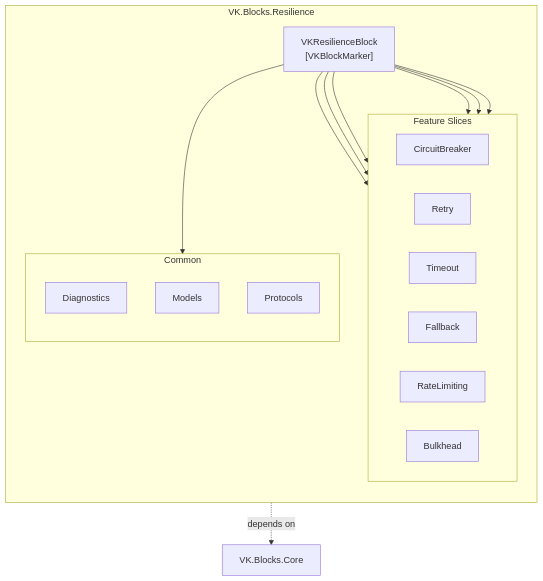
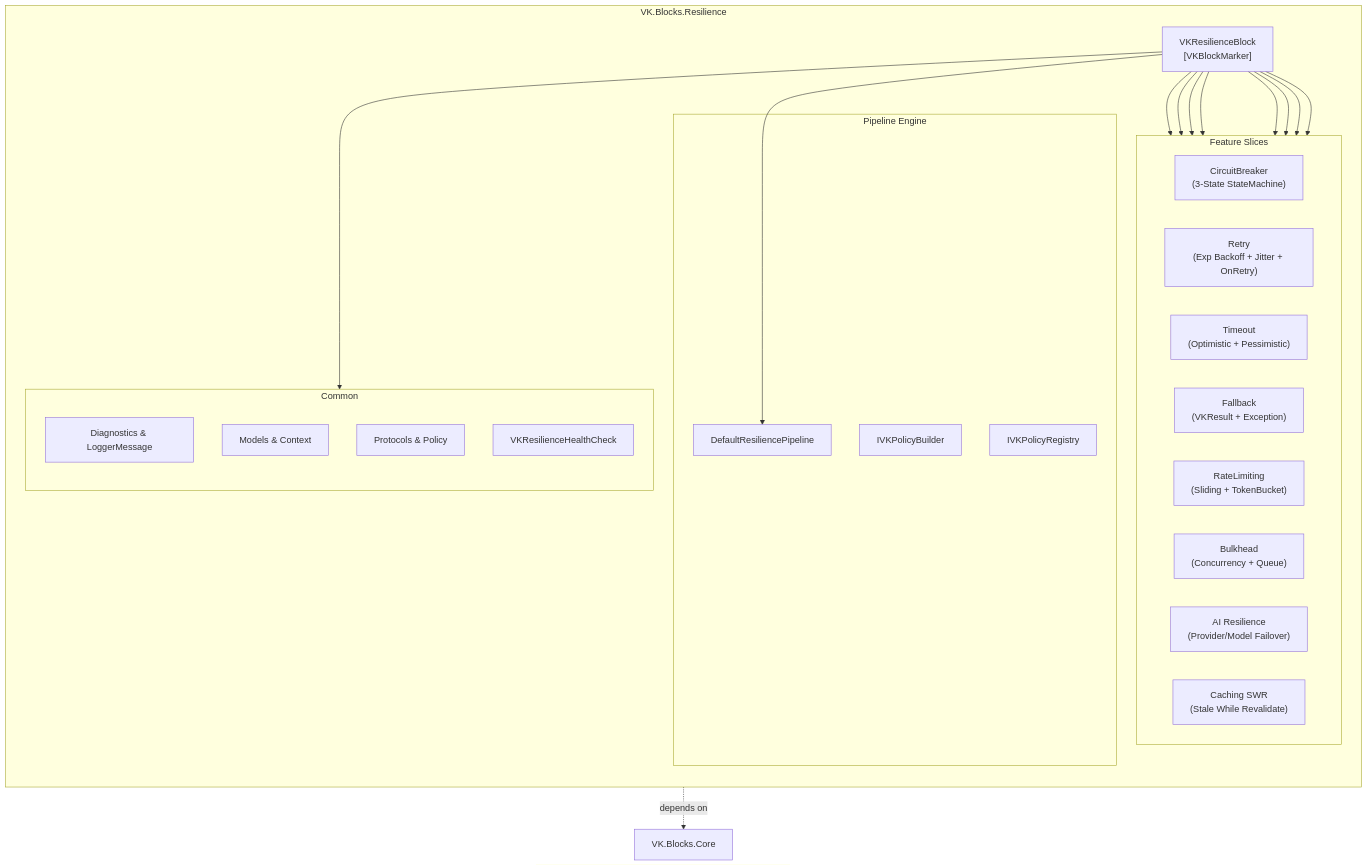
Before and after one commit to ViktorLK/VK-Common-BE: the diagram in src/BuildingBlocks/Resilience/README.md, drawn with Mermaid. The commit also changed other lines of this file and 172 other files, not shown here.

````diff
--- a/src/BuildingBlocks/Resilience/README.md
+++ b/src/BuildingBlocks/Resilience/README.md
@@ -29,35 +29,47 @@
 ```mermaid
 graph TB
     subgraph "VK.Blocks.Resilience"
         direction TB
         Block["VKResilienceBlock<br/>[VKBlockMarker]"]
         
+        subgraph "Pipeline Engine"
+            Pipeline["DefaultResiliencePipeline"]
+            Builder["IVKPolicyBuilder"]
+            Registry["IVKPolicyRegistry"]
+        end
+
         subgraph "Feature Slices"
             direction LR
-            CB["CircuitBreaker"]
-            RT["Retry"]
-            TO["Timeout"]
-            FB["Fallback"]
-            RL["RateLimiting"]
-            BH["Bulkhead"]
+            CB["CircuitBreaker<br/>(3-State StateMachine)"]
+            RT["Retry<br/>(Exp Backoff + Jitter + OnRetry)"]
+            TO["Timeout<br/>(Optimistic + Pessimistic)"]
+            FB["Fallback<br/>(VKResult + Exception)"]
+            RL["RateLimiting<br/>(Sliding + TokenBucket)"]
+            BH["Bulkhead<br/>(Concurrency + Queue)"]
+            AI["AI Resilience<br/>(Provider/Model Failover)"]
+            Cache["Caching SWR<br/>(Stale While Revalidate)"]
         end
         
         subgraph "Common"
             direction TB
-            Diag["Diagnostics"]
-            Models["Models"]
-            Proto["Protocols"]
+            Diag["Diagnostics & LoggerMessage"]
+            Models["Models & Context"]
+            Proto["Protocols & Policy"]
+            Health["VKResilienceHealthCheck"]
         end
     end
 
     Core["VK.Blocks.Core"]
 
+    Block --> Pipeline
     Block --> CB
     Block --> RT
     Block --> TO
     Block --> FB
     Block --> RL
     Block --> BH
+    Block --> AI
+    Block --> Cache
     Block --> Common
     Block -.->|depends on| Core
 ```
````
